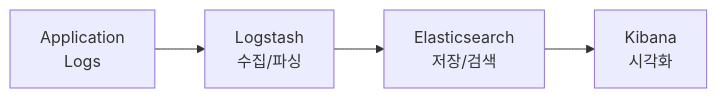
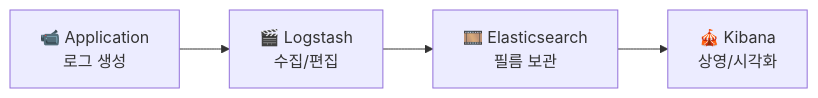
One commit to lmmj1221/senior_mhealth_lecture changed the ninth of 31 diagrams in docs/backend.md. Above: the diagram before and after it, drawn with Mermaid. The commit also changed other lines of this file and 1 other file, not shown here.

````diff
--- a/docs/backend.md
+++ b/docs/backend.md
@@ -508,6 +508,6 @@
 ```mermaid
 graph LR
-    A[Application<br/>Logs] --> B[Logstash<br/>수집/파싱]
-    B --> C[Elasticsearch<br/>저장/검색]
-    C --> D[Kibana<br/>시각화]
+    A[📹 Application<br/>로그 생성] --> B[🎬 Logstash<br/>수집/편집]
+    B --> C[🎞️ Elasticsearch<br/>필름 보관]
+    C --> D[🎪 Kibana<br/>상영/시각화]
 ```
````
